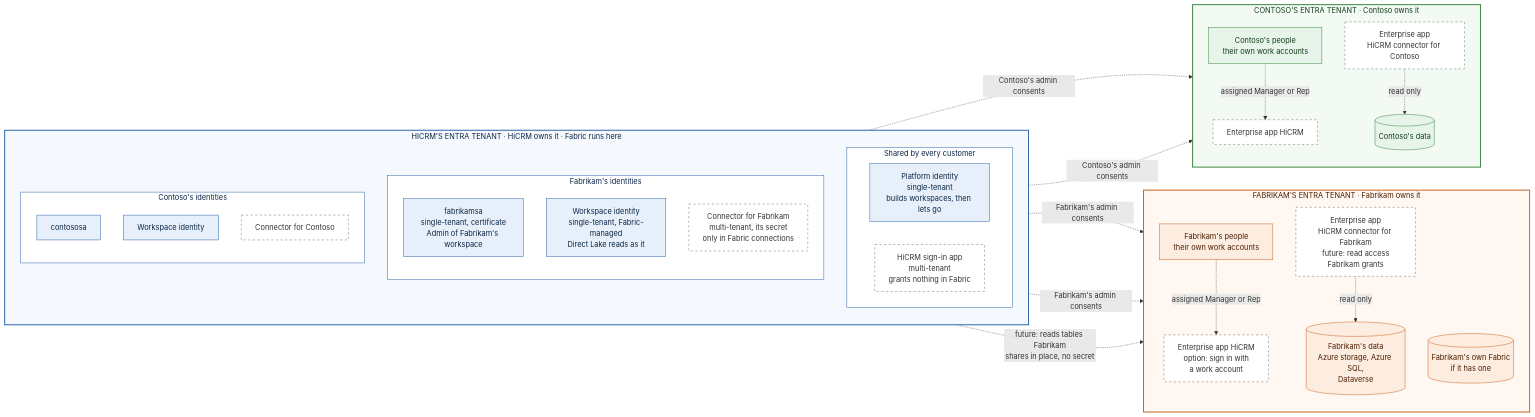
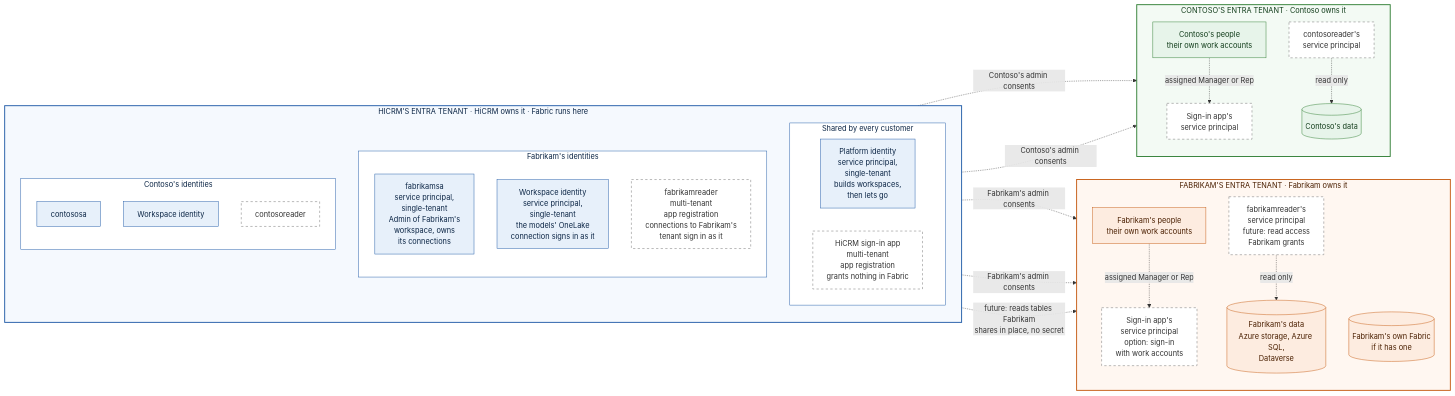
Before and after one commit to apkola29/fabric: the first of 5 diagrams in saas-platform/IDENTITIES.md, drawn with Mermaid. The commit also changed other lines of this file and 5 other files, not shown here.

First line of the commit message:
saas-platform: connections first: who owns each one, and who it signs in as

````diff
--- a/saas-platform/IDENTITIES.md
+++ b/saas-platform/IDENTITIES.md
@@ -48,69 +58,69 @@
 ```mermaid
 flowchart LR
   %% Where each identity lives. Orange: Fabrikam's Entra tenant. Green: Contoso's. Blue: HiCRM's, where Fabric runs.
   %% Solid: built and running today. Dashed: the work-account sign-in option and the data integration add-on.
 
   subgraph FT["FABRIKAM'S ENTRA TENANT · Fabrikam owns it"]
     direction TB
     FPPL["Fabrikam's people<br/>their own work accounts"]
-    FSIGN["Enterprise app HiCRM<br/>option: sign in with<br/>a work account"]
-    FCON["Enterprise app<br/>HiCRM connector for Fabrikam<br/>future: read access<br/>Fabrikam grants"]
+    FSIGN["Sign-in app's<br/>service principal<br/>option: sign-in<br/>with work accounts"]
+    FCON["fabrikamreader's<br/>service principal<br/>future: read access<br/>Fabrikam grants"]
     FDATA[("Fabrikam's data<br/>Azure storage, Azure SQL,<br/>Dataverse")]
     FFAB[("Fabrikam's own Fabric<br/>if it has one")]
   end
 
   subgraph CT["CONTOSO'S ENTRA TENANT · Contoso owns it"]
     direction TB
     CPPL["Contoso's people<br/>their own work accounts"]
-    CSIGN["Enterprise app HiCRM"]
-    CCON["Enterprise app<br/>HiCRM connector for Contoso"]
+    CSIGN["Sign-in app's<br/>service principal"]
+    CCON["contosoreader's<br/>service principal"]
     CDATA[("Contoso's data")]
   end
 
   subgraph HT["HICRM'S ENTRA TENANT · HiCRM owns it · Fabric runs here"]
     direction TB
     subgraph SHARED["Shared by every customer"]
       direction LR
-      PID["Platform identity<br/>single-tenant<br/>builds workspaces, then lets go"]
-      SIGN["HiCRM sign-in app<br/>multi-tenant<br/>grants nothing in Fabric"]
+      PID["Platform identity<br/>service principal,<br/>single-tenant<br/>builds workspaces,<br/>then lets go"]
+      SIGN["HiCRM sign-in app<br/>multi-tenant<br/>app registration<br/>grants nothing in Fabric"]
     end
     subgraph FID["Fabrikam's identities"]
       direction TB
-      FSA["fabrikamsa<br/>single-tenant, certificate<br/>Admin of Fabrikam's workspace"]
-      FWI["Workspace identity<br/>single-tenant, Fabric-managed<br/>Direct Lake reads as it"]
-      FCA["Connector for Fabrikam<br/>multi-tenant, its secret<br/>only in Fabric connections"]
+      FSA["fabrikamsa<br/>service principal,<br/>single-tenant<br/>Admin of Fabrikam's<br/>workspace, owns<br/>its connections"]
+      FWI["Workspace identity<br/>service principal,<br/>single-tenant<br/>the models' OneLake<br/>connection signs in as it"]
+      FCA["fabrikamreader<br/>multi-tenant<br/>app registration<br/>connections to Fabrikam's<br/>tenant sign in as it"]
     end
     subgraph CID["Contoso's identities"]
       direction TB
       CSA["contososa"]
       CWI["Workspace identity"]
-      CCA["Connector for Contoso"]
+      CCA["contosoreader"]
     end
   end
 
   SIGN -.->|"Fabrikam's admin consents"| FSIGN
   SIGN -.->|"Contoso's admin consents"| CSIGN
   FCA -.->|"Fabrikam's admin consents"| FCON
   CCA -.->|"Contoso's admin consents"| CCON
   FPPL -.->|"assigned Manager or Rep"| FSIGN
   CPPL -.->|"assigned Manager or Rep"| CSIGN
   FCON -.->|"read only"| FDATA
   FSA -.->|"future: reads tables Fabrikam<br/>shares in place, no secret"| FFAB
   CCON -.->|"read only"| CDATA
 
   classDef fabrikam fill:#FDECE0,stroke:#C55A11,color:#4A1F00
   classDef contoso fill:#E7F4EA,stroke:#2E7D32,color:#123D1B
   classDef hicrm fill:#E7F0FA,stroke:#1F5AA6,color:#0B2545
   classDef microsoft fill:#EEEEEE,stroke:#5F5F5F,color:#1F1F1F
   classDef future fill:#FFFFFF,stroke:#6B6B6B,stroke-dasharray:5 5,color:#333333
   class FPPL,FDATA,FFAB fabrikam
   class CPPL,CDATA contoso
   class PID,FSA,FWI,CSA,CWI hicrm
   class FSIGN,FCON,CSIGN,CCON,SIGN,FCA,CCA future
   style FT fill:#FFF7F1,stroke:#C55A11,stroke-width:2px,color:#4A1F00
   style CT fill:#F3FAF4,stroke:#2E7D32,stroke-width:2px,color:#123D1B
   style HT fill:#F5F9FE,stroke:#1F5AA6,stroke-width:2px,color:#0B2545
   style SHARED fill:#FFFFFF,stroke:#1F5AA6,color:#0B2545
   style FID fill:#FFFFFF,stroke:#1F5AA6,color:#0B2545
   style CID fill:#FFFFFF,stroke:#1F5AA6,color:#0B2545
 ```
````
